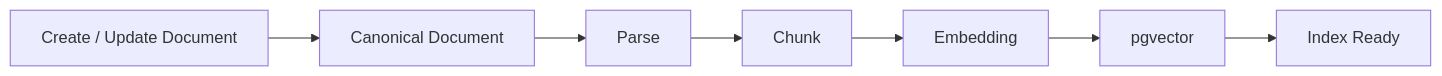
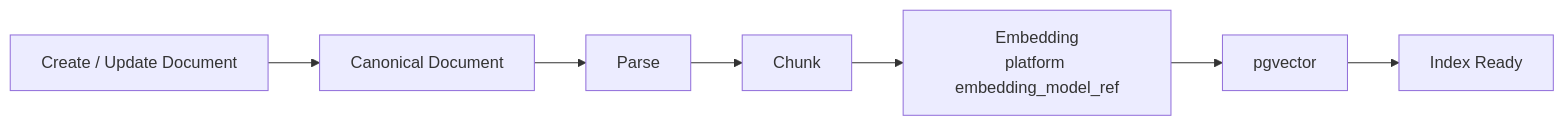
One commit to LunaDeerTech/agenteam changed the second of 2 diagrams in docs/architecture/knowledge-memory.md. Above: the diagram before and after it, drawn with Mermaid. The commit also changed other lines of this file and 7 other files, not shown here.

````diff
--- a/docs/architecture/knowledge-memory.md
+++ b/docs/architecture/knowledge-memory.md
@@ -89,17 +106,17 @@
 ```mermaid
 flowchart LR
     Write["Create / Update Document"]
     Source["Canonical Document"]
     Parse["Parse"]
     Chunk["Chunk"]
-    Embed["Embedding"]
+    Embed["Embedding<br/>platform embedding_model_ref"]
     Store["pgvector"]
     Ready["Index Ready"]
 
     Write --> Source
     Source --> Parse
     Parse --> Chunk
     Chunk --> Embed
     Embed --> Store
     Store --> Ready
 ```
````
